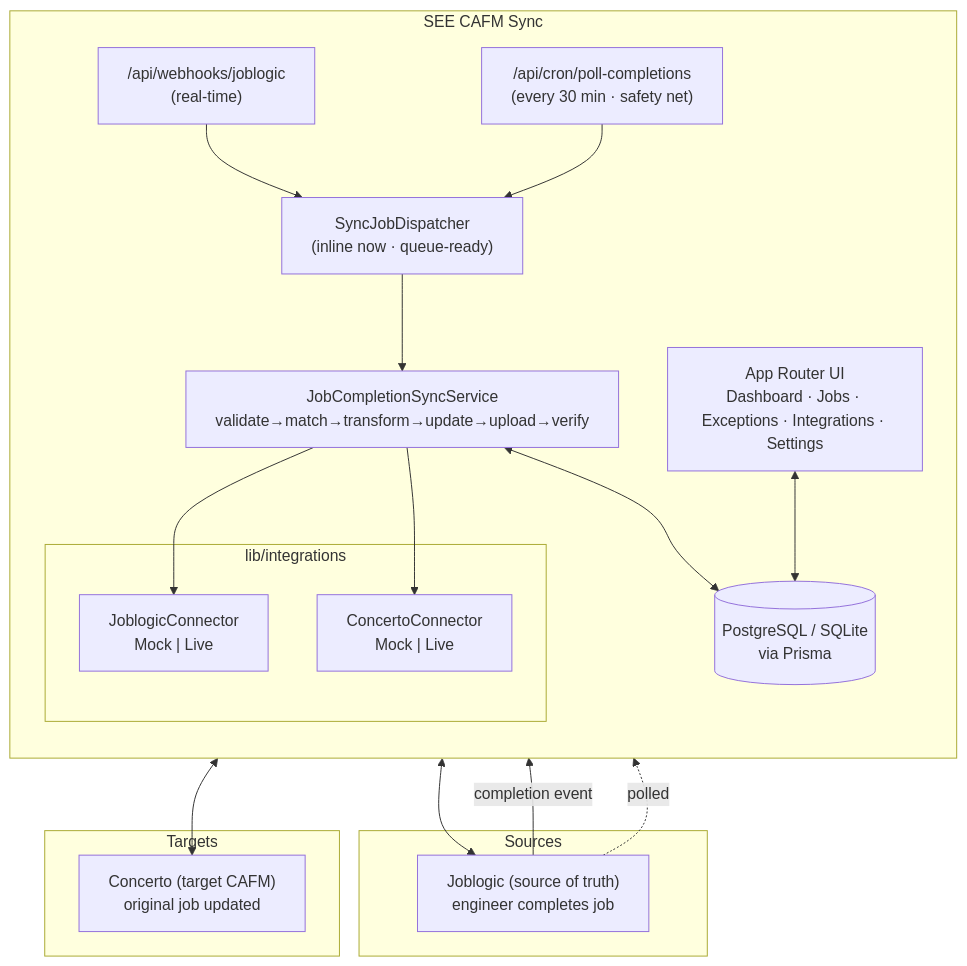
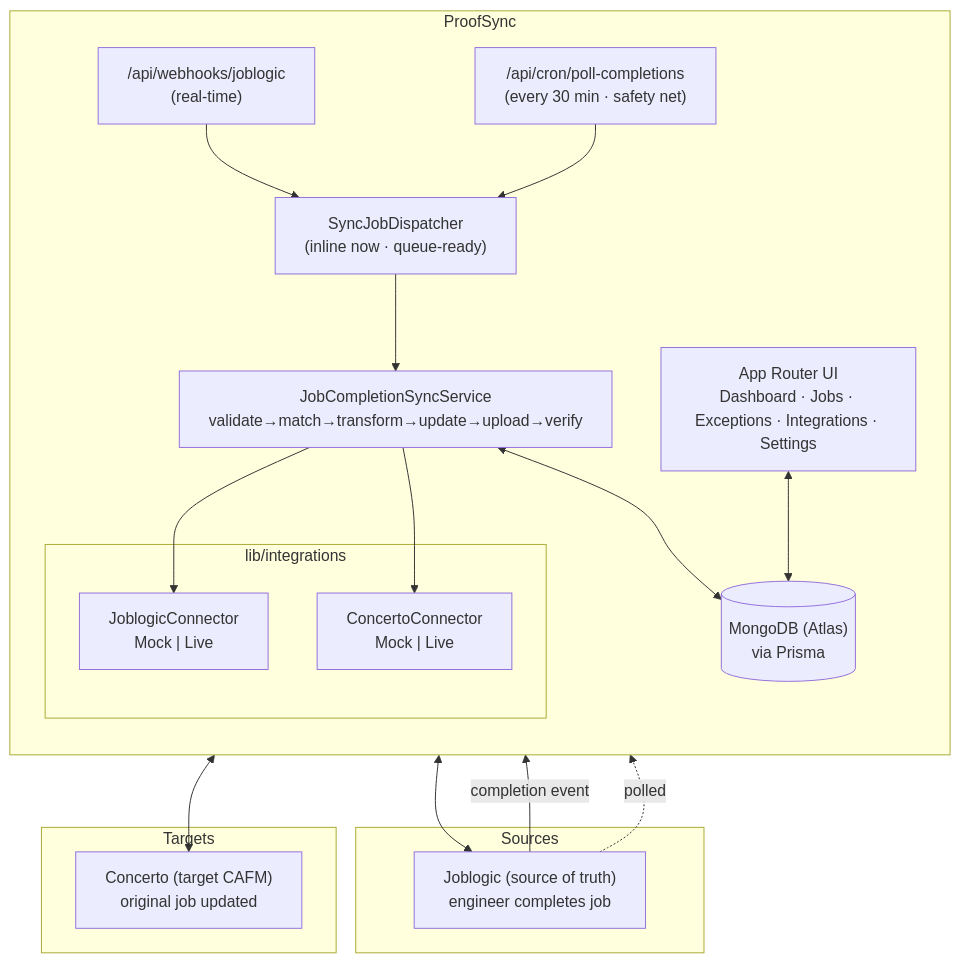
Before and after one commit to pdbryan10-hash/proofsync: the first of 3 diagrams in docs/architecture.md, drawn with Mermaid. The commit also changed other lines of this file and 16 other files, not shown here.

First line of the commit message:
Rebrand to ProofSync (ProofWorks product; SEE Services = launch customer)

````diff
--- a/docs/architecture.md
+++ b/docs/architecture.md
@@ -11,34 +11,34 @@
 ```mermaid
 flowchart TB
   subgraph Sources
     JL["Joblogic (source of truth)\nengineer completes job"]
   end
-  subgraph SEE_CAFM_SYNC["SEE CAFM Sync"]
+  subgraph PROOFSYNC["ProofSync"]
     direction TB
     WH["/api/webhooks/joblogic\n(real-time)"]
     CRON["/api/cron/poll-completions\n(every 30 min · safety net)"]
     DISP["SyncJobDispatcher\n(inline now · queue-ready)"]
     ENGINE["JobCompletionSyncService\nvalidate→match→transform→update→upload→verify"]
     subgraph Connectors["lib/integrations"]
       JLC["JoblogicConnector\nMock | Live"]
       CC["ConcertoConnector\nMock | Live"]
     end
-    DB[("PostgreSQL / SQLite\nvia Prisma")]
+    DB[("MongoDB (Atlas)\nvia Prisma")]
     UI["App Router UI\nDashboard · Jobs · Exceptions · Integrations · Settings"]
   end
   subgraph Targets
     CON["Concerto (target CAFM)\noriginal job updated"]
   end
 
   JL -- "completion event" --> WH
   JL -. "polled" .-> CRON
   WH --> DISP
   CRON --> DISP
   DISP --> ENGINE
   ENGINE --> JLC
   ENGINE --> CC
   JLC <--> JL
   CC <--> CON
   ENGINE <--> DB
   UI <--> DB
 ```
````
